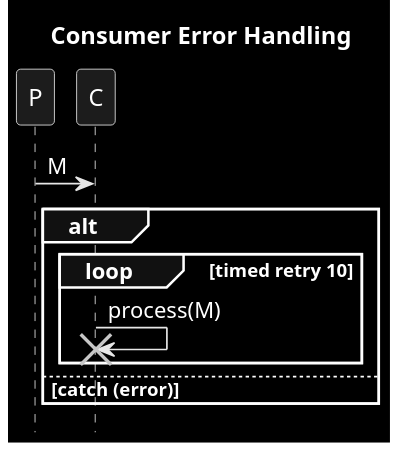
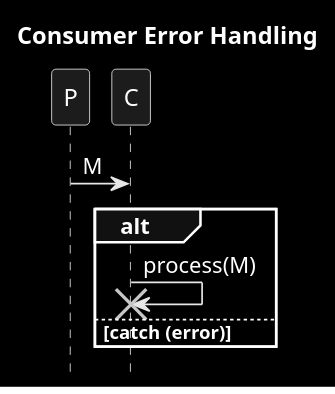
The diagram in patterns/6_c_errors.puml (victorrentea/kafka), drawn with PlantUML before and after one commit. The commit also changed 43 other files, not shown here.

```diff
--- a/patterns/6_c_errors.puml
+++ b/patterns/6_c_errors.puml
@@ -1,18 +1,18 @@
 @startuml
 title Consumer Error Handling
 hide footbox
 skinparam monochrome reverse
 
 P->C: M
 alt
-    loop timed retry 10
+'    loop timed retry 10
         C->C!!: process(M)
-    end
+'    end
 else catch (error)
 '    hnote over C: retry N times ± max time
 '    hnote over C: log.error("[ALARM-P1]M")
 '    C->B: M to DLQ
 '    C->B: PaymentFailedEvent
 end
 
 @enduml
```
